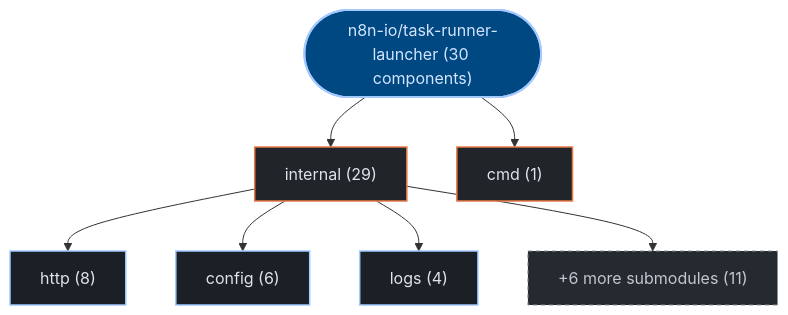
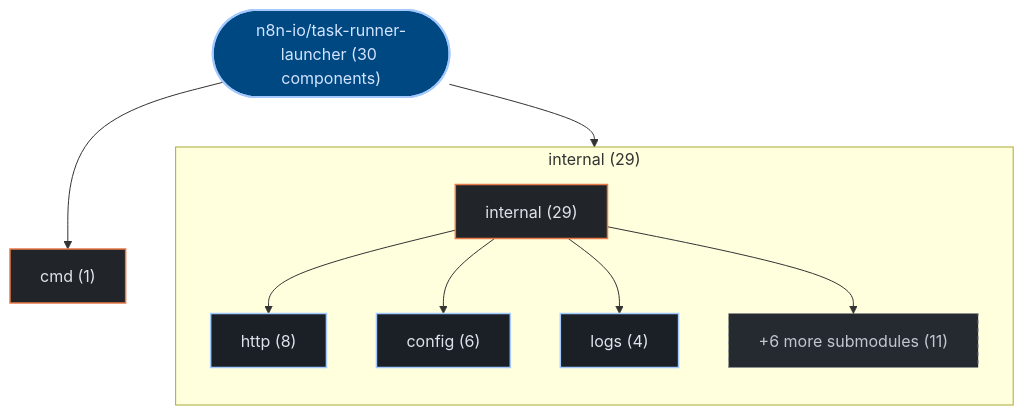
The first of 3 diagrams in exports/latest/reports/n8n-io-task-runner-launcher-report.md (kumarshaz/atruss-code-atlas), drawn with Mermaid before and after one commit. The commit also changed 178 other files, not shown here.

Commit message:
feat(ui,mermaid): upgrade to mermaid v12 + ELK layout, add orgs-summary + pagination, subgraph building blocks, fix tab alignment

````diff
--- a/exports/latest/reports/n8n-io-task-runner-launcher-report.md
+++ b/exports/latest/reports/n8n-io-task-runner-launcher-report.md
@@ -42,23 +42,26 @@
 ```mermaid
 graph TD;
   classDef atlasRoot fill:#004882,stroke:#a3c9ff,stroke-width:2px,color:#d3e4ff
   classDef atlasCategory fill:#212428,stroke:#E87A48,stroke-width:1.5px,color:#dfe3eb
   classDef atlasWorkflow fill:#1b2026,stroke:#a3c9ff,stroke-width:1.5px,color:#dfe3eb
   classDef atlasJob fill:#171c22,stroke:#8d9199,stroke-width:1px,color:#dfe3eb
   classDef atlasTarget fill:#005227,stroke:#8bd99b,stroke-width:1.5px,color:#a7f6b6
   classDef atlasAlert fill:#93000a,stroke:#ffb4ab,stroke-width:1.5px,color:#ffdad6
   classDef atlasMore fill:#252a31,stroke:#8d9199,stroke-dasharray:4 4,color:#c3c6cf
     repo_root(["n8n-io/task-runner-launcher (30 components)"]):::atlasRoot
-    dir_0_internal["internal (29)"]:::atlasCategory
+    subgraph sg_dir_0_internal["internal (29)"]
+      direction TB
+      dir_0_internal["internal (29)"]:::atlasCategory
+      sub_0_0_http["http (8)"]:::atlasWorkflow
+      dir_0_internal --> sub_0_0_http
+      sub_0_1_config["config (6)"]:::atlasWorkflow
+      dir_0_internal --> sub_0_1_config
+      sub_0_2_logs["logs (4)"]:::atlasWorkflow
+      dir_0_internal --> sub_0_2_logs
+      sub_0_more["+6 more submodules (11)"]:::atlasMore
+      dir_0_internal --> sub_0_more
+    end
     repo_root --> dir_0_internal
-    sub_0_0_http["http (8)"]:::atlasWorkflow
-    dir_0_internal --> sub_0_0_http
-    sub_0_1_config["config (6)"]:::atlasWorkflow
-    dir_0_internal --> sub_0_1_config
-    sub_0_2_logs["logs (4)"]:::atlasWorkflow
-    dir_0_internal --> sub_0_2_logs
-    sub_0_more["+6 more submodules (11)"]:::atlasMore
-    dir_0_internal --> sub_0_more
     dir_1_cmd["cmd (1)"]:::atlasCategory
     repo_root --> dir_1_cmd
 ```
````
